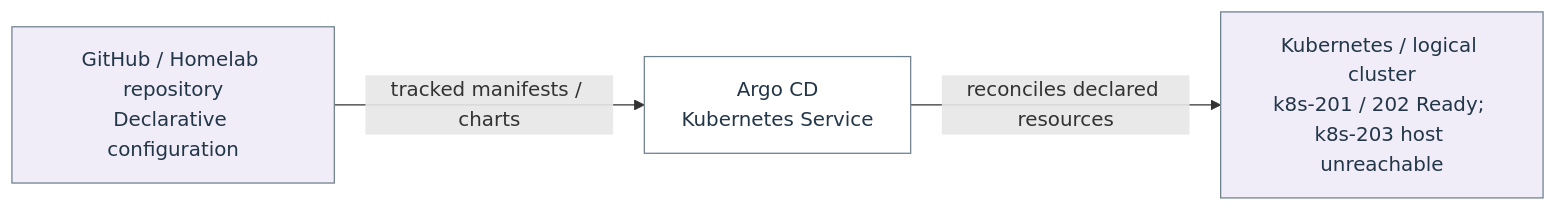
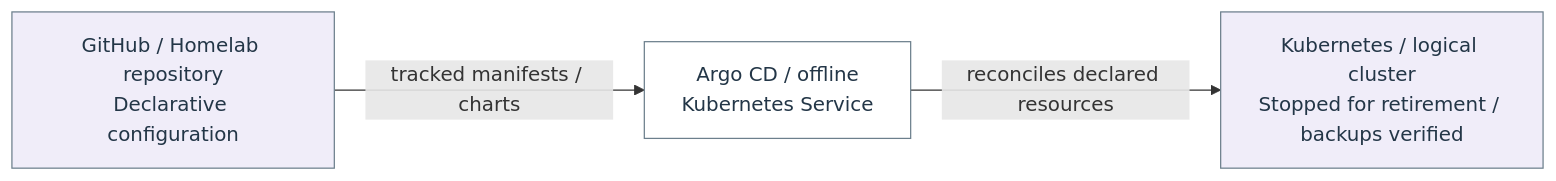
Diagram 14 of 22 in docs/architecture/homelab-mermaid.md (Harsh-2002/Homelab), drawn with Mermaid before and after one commit. The commit also changed other lines of this file and 77 other files, not shown here.

````diff
--- a/docs/architecture/homelab-mermaid.md
+++ b/docs/architecture/homelab-mermaid.md
@@ -486,12 +492,12 @@
 ```mermaid
 flowchart LR
   n_flow_17_0["GitHub / Homelab repository<br/>Declarative configuration"]
-  n_flow_17_1["Argo CD<br/>Kubernetes Service"]
-  n_flow_17_2["Kubernetes / logical cluster<br/>k8s-201 / 202 Ready; k8s-203 host unreachable"]
+  n_flow_17_1["Argo CD / offline<br/>Kubernetes Service"]
+  n_flow_17_2["Kubernetes / logical cluster<br/>Stopped for retirement / backups verified"]
   n_flow_17_0 -->|"tracked manifests / charts"| n_flow_17_1
   n_flow_17_1 -->|"reconciles declared resources"| n_flow_17_2
   classDef c_flow_17_0 fill:#f0edf9,stroke:#6c7f8c,color:#233647;
   class n_flow_17_0,n_flow_17_2 c_flow_17_0;
   classDef c_flow_17_1 fill:#ffffff,stroke:#6c7f8c,color:#233647;
   class n_flow_17_1 c_flow_17_1;
 ```
````
